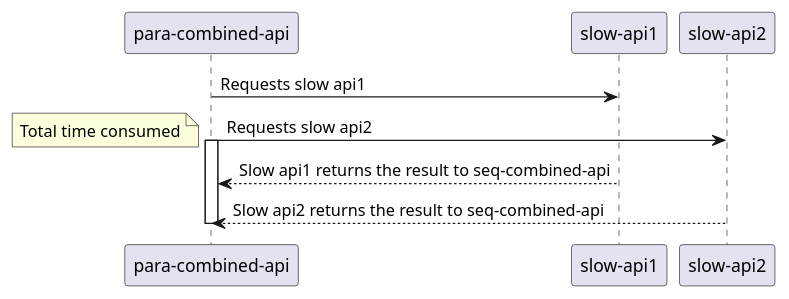
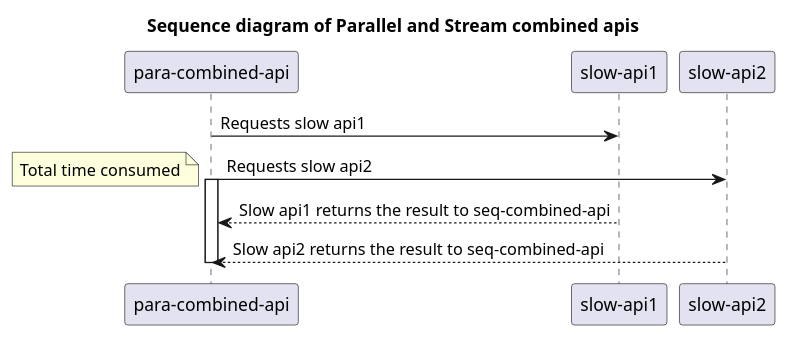
The diagram in src/docs/uml/parallel-stream.plantuml (lijiele/parallel-test), drawn with PlantUML before and after one commit. The commit also changed 10 other files, not shown here.

```diff
--- a/src/docs/uml/parallel-stream.plantuml
+++ b/src/docs/uml/parallel-stream.plantuml
@@ -1,14 +1,15 @@
 @startuml
+title Sequence diagram of Parallel and Stream combined apis
 participant "para-combined-api" as seq
 participant "slow-api1" as api1
 participant "slow-api2" as api2
 seq -> api1: Requests slow api1
 seq -> api2: Requests slow api2
 activate seq
 note left
 Total time consumed
 end note
 api1 --> seq: Slow api1 returns the result to seq-combined-api
 api2 --> seq: Slow api2 returns the result to seq-combined-api
 deactivate seq
 @enduml
```
